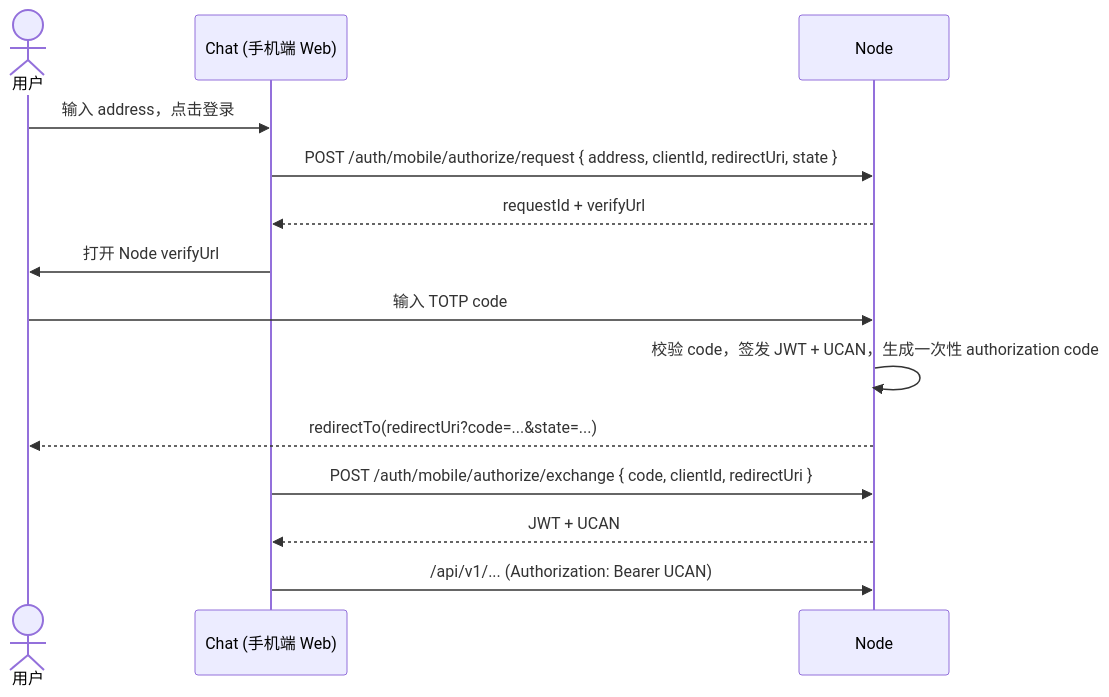
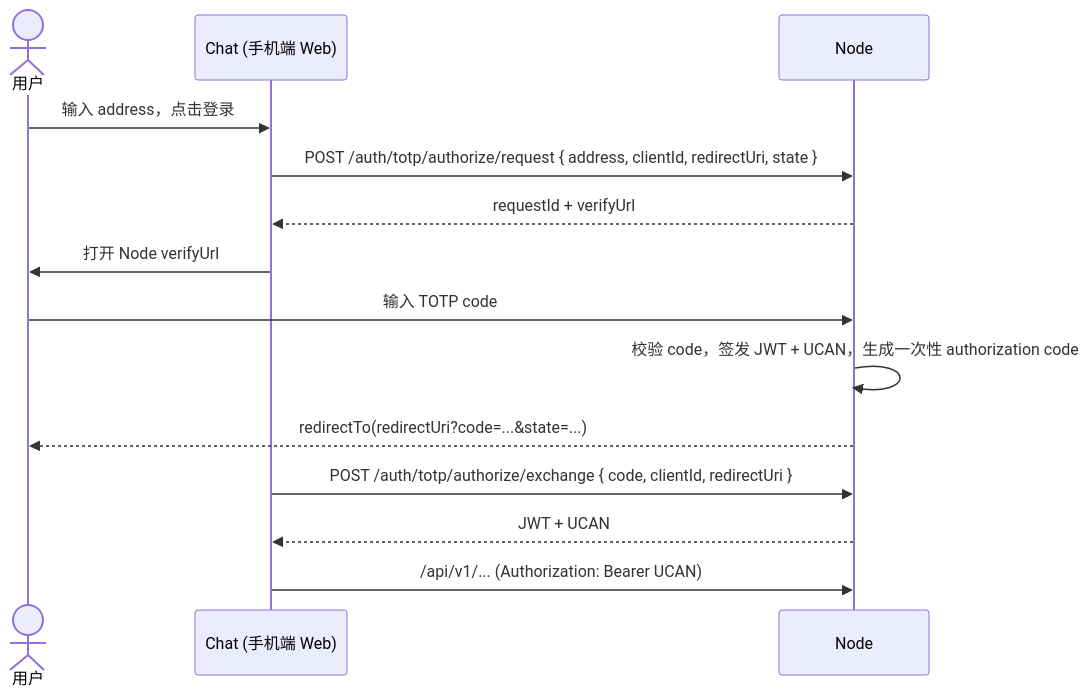
One commit to yeying-community/node changed the fifth of 5 diagrams in docs/登录授权.md. Above: the diagram before and after it, drawn with Mermaid. The commit also changed other lines of this file and 16 other files, not shown here.

Commit message:
refactor totp auth naming and remove mobile terminology

````diff
--- a/docs/登录授权.md
+++ b/docs/登录授权.md
@@ -108,17 +108,17 @@
 ```mermaid
 sequenceDiagram
   actor U as 用户
   participant C as Chat (手机端 Web)
   participant N as Node
 
   U ->> C: 输入 address，点击登录
-  C ->> N: POST /auth/mobile/authorize/request { address, clientId, redirectUri, state }
+  C ->> N: POST /auth/totp/authorize/request { address, clientId, redirectUri, state }
   N -->> C: requestId + verifyUrl
   C ->> U: 打开 Node verifyUrl
   U ->> N: 输入 TOTP code
   N ->> N: 校验 code，签发 JWT + UCAN，生成一次性 authorization code
   N -->> U: redirectTo(redirectUri?code=...&state=...)
-  C ->> N: POST /auth/mobile/authorize/exchange { code, clientId, redirectUri }
+  C ->> N: POST /auth/totp/authorize/exchange { code, clientId, redirectUri }
   N -->> C: JWT + UCAN
   C ->> N: /api/v1/... (Authorization: Bearer UCAN)
 ```
````
